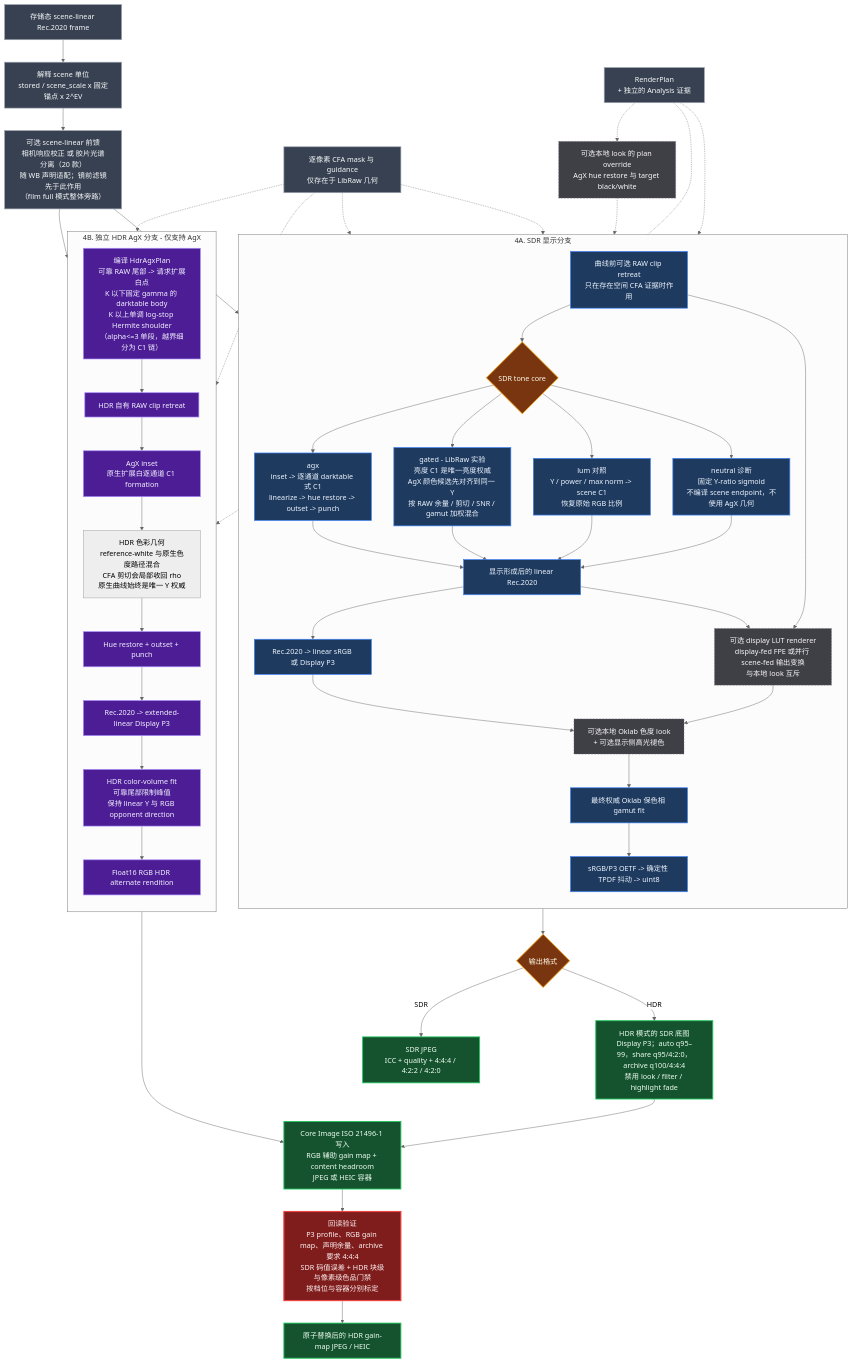
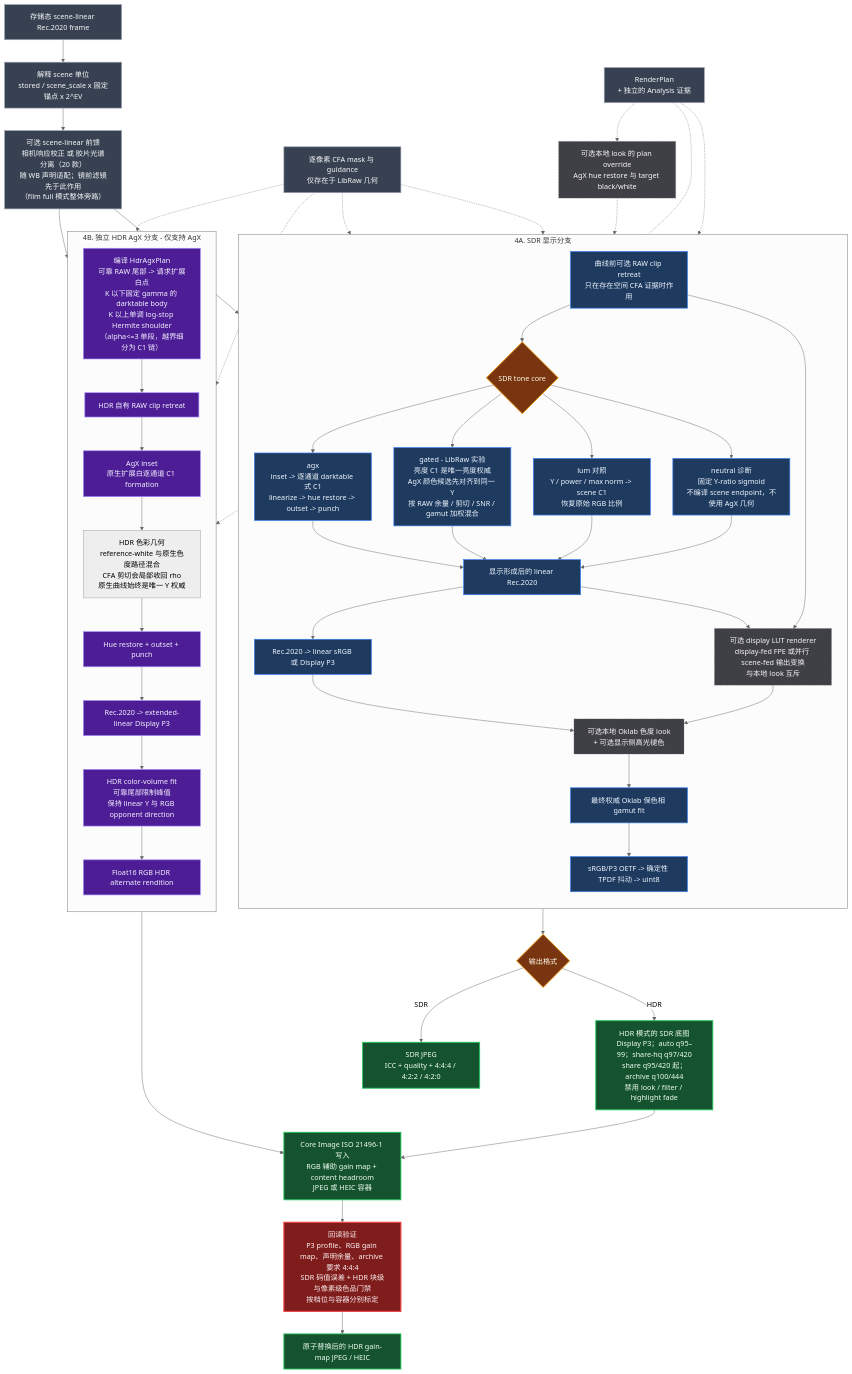
The second of 3 diagrams in docs/ARCHITECTURE.zh-CN.md (Gen-416/AgXRAW), drawn with Mermaid (neutral theme) before and after one commit. The commit also changed other lines of this file and 27 other files, not shown here.

```diff
--- a/docs/ARCHITECTURE.zh-CN.md
+++ b/docs/ARCHITECTURE.zh-CN.md
@@ -250,7 +250,7 @@
 
     ENCODE --> FORMAT{"输出格式"}
     FORMAT -->|SDR| SDRJPEG["SDR JPEG<br/>ICC + quality + 4:4:4 / 4:2:2 / 4:2:0"]
-    FORMAT -->|HDR| BASE["HDR 模式的 SDR 底图<br/>Display P3；auto q95–99，share q95/4:2:0，archive q100/4:4:4<br/>禁用 look / filter / highlight fade"]
+    FORMAT -->|HDR| BASE["HDR 模式的 SDR 底图<br/>Display P3；auto q95–99；share-hq q97/420<br/>share q95/420 起；archive q100/444<br/>禁用 look / filter / highlight fade"]
     BASE --> PACKAGE["Core Image ISO 21496-1 写入<br/>RGB 辅助 gain map + content headroom<br/>JPEG 或 HEIC 容器"]
     ALT --> PACKAGE
     PACKAGE --> VERIFY["回读验证<br/>P3 profile、RGB gain map、声明余量、archive 要求 4:4:4<br/>SDR 码值误差 + HDR 块级与像素级色品门禁<br/>按档位与容器分别标定"]
```
